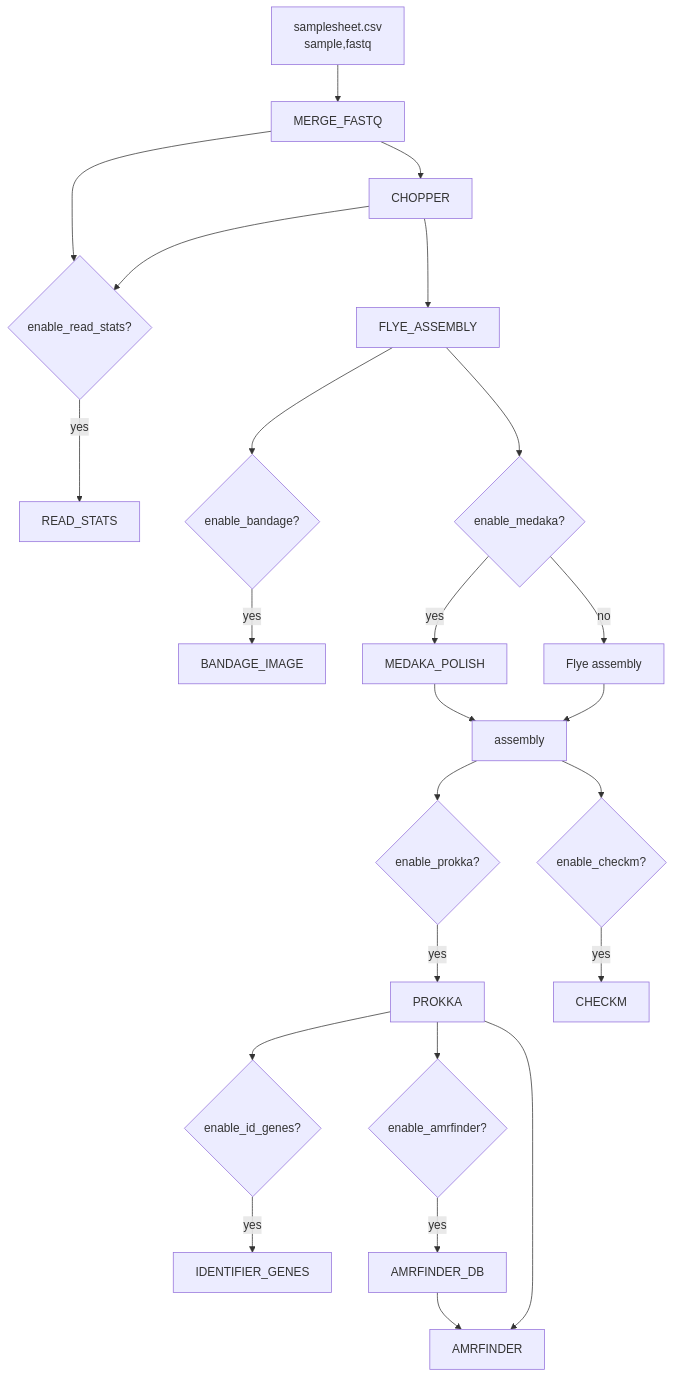
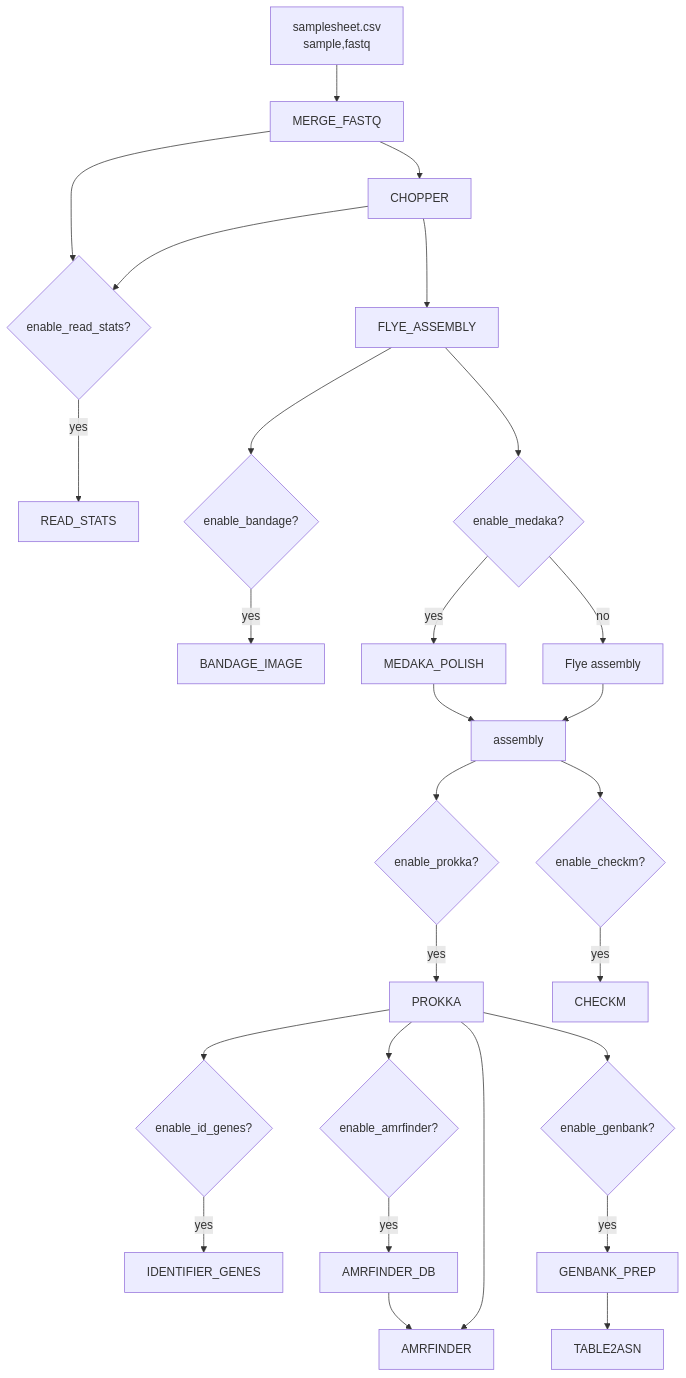
One commit to ehill-iolani/ulana-nf changed the diagram in README.md. Above: the diagram before and after it, drawn with Mermaid. The commit also changed other lines of this file and 14 other files, not shown here.

Commit message:
added genbank submission files (--enable_genbank), one record per identifier gene copy, and a gzip check on input parts

````diff
--- a/README.md
+++ b/README.md
@@ -22,31 +23,34 @@
 ```mermaid
 flowchart TD
   A["samplesheet.csv<br/>sample,fastq"] --> B[MERGE_FASTQ]
   B --> C[CHOPPER]
   B --> R1{enable_read_stats?}
   C --> R1
   R1 -->|yes| R2[READ_STATS]
   C --> D[FLYE_ASSEMBLY]
 
   D --> D2{enable_bandage?}
   D2 -->|yes| D3[BANDAGE_IMAGE]
 
   D --> E{enable_medaka?}
   E -->|yes| F[MEDAKA_POLISH]
   E -->|no| G[Flye assembly]
   F --> H[assembly]
   G --> H
 
   H --> I{enable_prokka?}
   I -->|yes| J[PROKKA]
 
   H --> K{enable_checkm?}
   K -->|yes| L[CHECKM]
 
   J --> M{enable_id_genes?}
   M -->|yes| N[IDENTIFIER_GENES]
 
   J --> O{enable_amrfinder?}
   O -->|yes| P[AMRFINDER_DB] --> Q[AMRFINDER]
   J --> Q
+
+  J --> S{enable_genbank?}
+  S -->|yes| T[GENBANK_PREP] --> U[TABLE2ASN]
 ```
````
